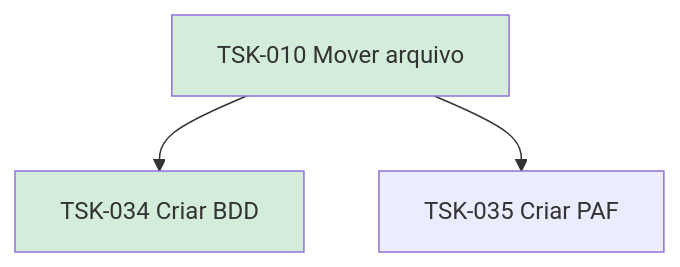
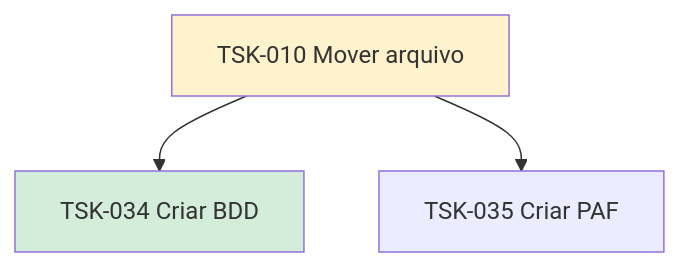
Before and after one commit to laerciogermano/workstation: the diagram in flow/tasks/TSK-001-criar-epico/TSK-002-criar-as-historias/TSK-003-explorar/TSK-010-mover-arquivo-dragdrop/README.md, drawn with Mermaid. The commit also changed other lines of this file and 53 other files, not shown here.

````diff
--- a/flow/tasks/TSK-001-criar-epico/TSK-002-criar-as-historias/TSK-003-explorar/TSK-010-mover-arquivo-dragdrop/README.md
+++ b/flow/tasks/TSK-001-criar-epico/TSK-002-criar-as-historias/TSK-003-explorar/TSK-010-mover-arquivo-dragdrop/README.md
@@ -12,10 +12,10 @@
 ```mermaid
 flowchart TD
   T010[TSK-010 Mover arquivo]
   T034[TSK-034 Criar BDD]
   T035[TSK-035 Criar PAF]
   T010 --> T034
   T010 --> T035
-  style T010 fill:#d4edda
+  style T010 fill:#fff3cd
   style T034 fill:#d4edda
 ```
````
